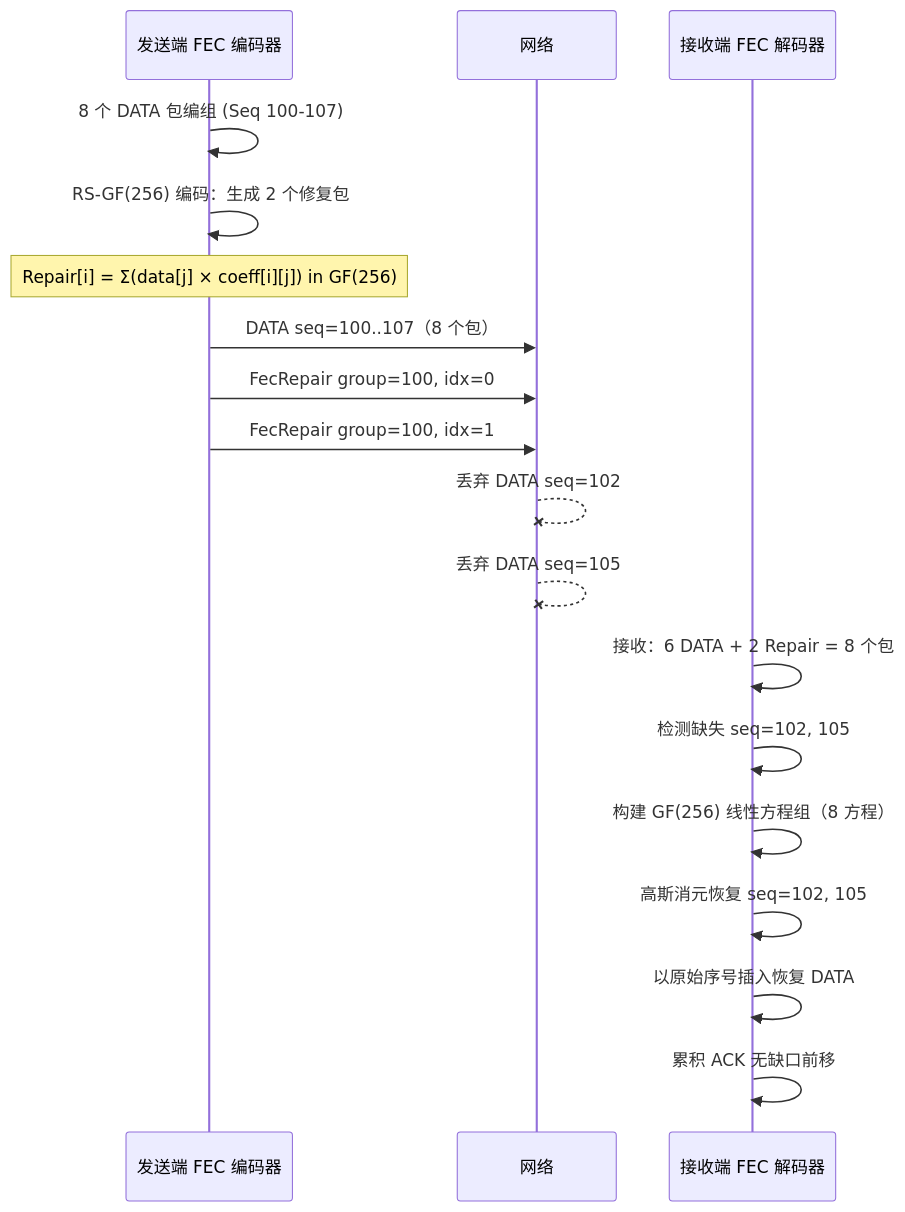
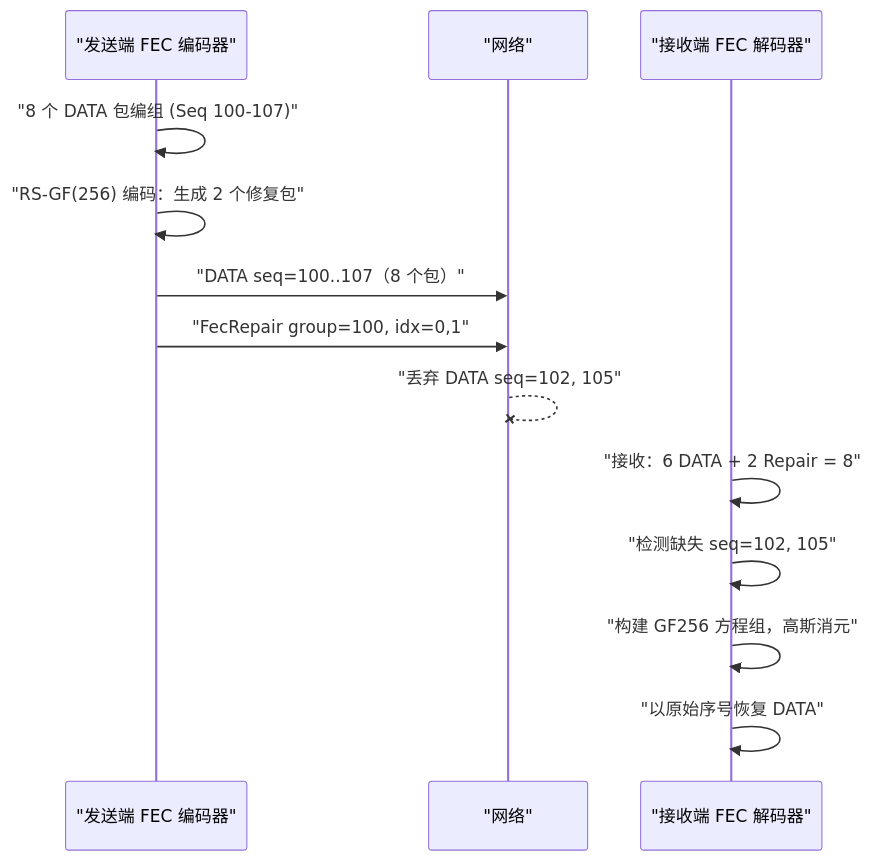
The seventh of 10 diagrams in README_CN.md (liulilittle/ucp), drawn with Mermaid before and after one commit. The commit also changed other lines of this file and 43 other files, not shown here.

````diff
--- a/README_CN.md
+++ b/README_CN.md
@@ -398,23 +343,18 @@
 ```mermaid
 sequenceDiagram
-    participant S as 发送端 FEC 编码器
-    participant Net as 网络
-    participant R as 接收端 FEC 解码器
-
-    S->>S: 8 个 DATA 包编组 (Seq 100-107)
-    S->>S: RS-GF(256) 编码：生成 2 个修复包
-    Note over S: Repair[i] = Σ(data[j] × coeff[i][j]) in GF(256)
-    S->>Net: DATA seq=100..107（8 个包）
-    S->>Net: FecRepair group=100, idx=0
-    S->>Net: FecRepair group=100, idx=1
-
-    Net--xNet: 丢弃 DATA seq=102
-    Net--xNet: 丢弃 DATA seq=105
-
-    R->>R: 接收：6 DATA + 2 Repair = 8 个包
-    R->>R: 检测缺失 seq=102, 105
-    R->>R: 构建 GF(256) 线性方程组（8 方程）
-    R->>R: 高斯消元恢复 seq=102, 105
-    R->>R: 以原始序号插入恢复 DATA
-    R->>R: 累积 ACK 无缺口前移
+    participant S as "发送端 FEC 编码器"
+    participant Net as "网络"
+    participant R as "接收端 FEC 解码器"
+    
+    S->>S: "8 个 DATA 包编组 (Seq 100-107)"
+    S->>S: "RS-GF(256) 编码：生成 2 个修复包"
+    S->>Net: "DATA seq=100..107（8 个包）"
+    S->>Net: "FecRepair group=100, idx=0,1"
+    
+    Net--xNet: "丢弃 DATA seq=102, 105"
+    
+    R->>R: "接收：6 DATA + 2 Repair = 8"
+    R->>R: "检测缺失 seq=102, 105"
+    R->>R: "构建 GF256 方程组，高斯消元"
+    R->>R: "以原始序号恢复 DATA"
 ```
````
